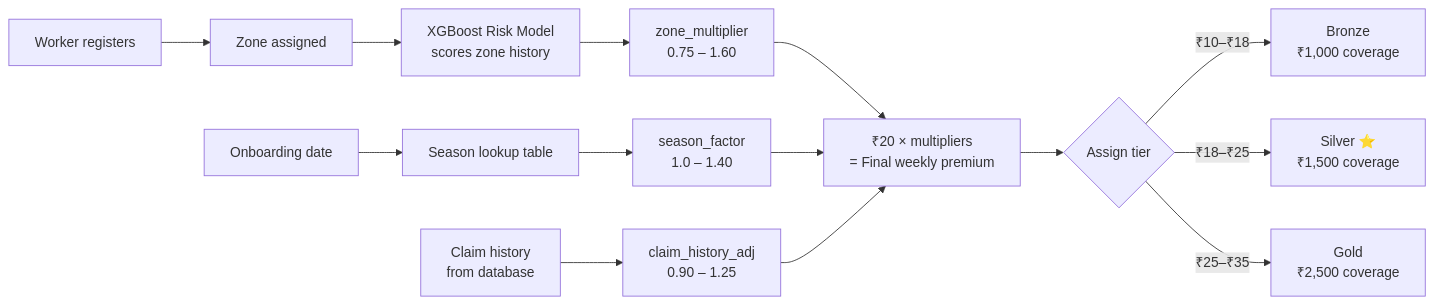
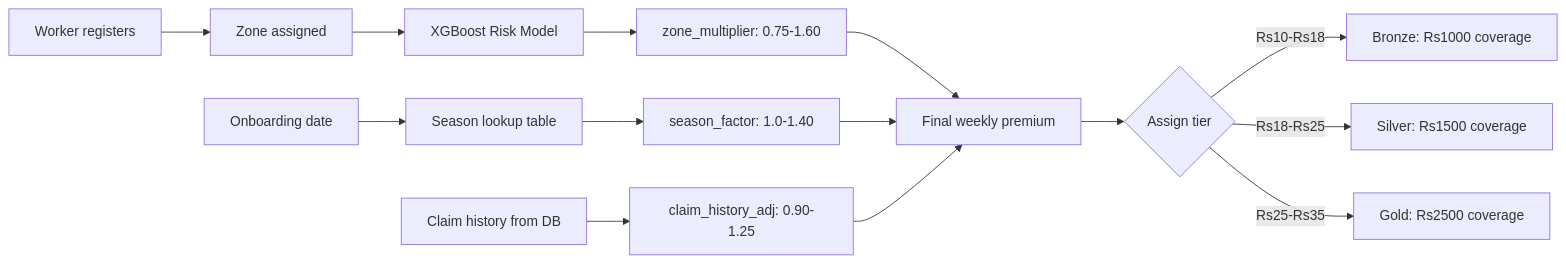
The third of 6 diagrams in README.md (Ryuga-Mvp/GigShield), drawn with Mermaid before and after one commit. The commit also changed other lines of this file, not shown here.

````diff
--- a/README.md
+++ b/README.md
@@ -196,17 +196,17 @@
 ```mermaid
 flowchart LR
     A[Worker registers] --> B[Zone assigned]
-    B --> C[XGBoost Risk Model\nscores zone history]
-    C --> D[zone_multiplier\n0.75 – 1.60]
+    B --> C[XGBoost Risk Model]
+    C --> D[zone_multiplier: 0.75-1.60]
 
     E[Onboarding date] --> F[Season lookup table]
-    F --> G[season_factor\n1.0 – 1.40]
+    F --> G[season_factor: 1.0-1.40]
 
-    H[Claim history\nfrom database] --> I[claim_history_adj\n0.90 – 1.25]
+    H[Claim history from DB] --> I[claim_history_adj: 0.90-1.25]
 
-    D & G & I --> J["₹20 × multipliers\n= Final weekly premium"]
+    D & G & I --> J[Final weekly premium]
     J --> K{Assign tier}
-    K -- "₹10–₹18" --> L[Bronze\n₹1,000 coverage]
-    K -- "₹18–₹25" --> M[Silver ⭐\n₹1,500 coverage]
-    K -- "₹25–₹35" --> N[Gold\n₹2,500 coverage]
+    K -- Rs10-Rs18 --> L[Bronze: Rs1000 coverage]
+    K -- Rs18-Rs25 --> M[Silver: Rs1500 coverage]
+    K -- Rs25-Rs35 --> N[Gold: Rs2500 coverage]
 ```
````
